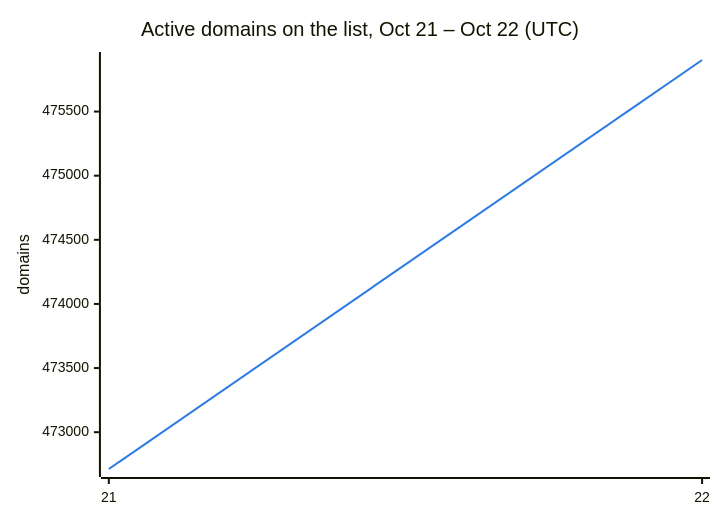
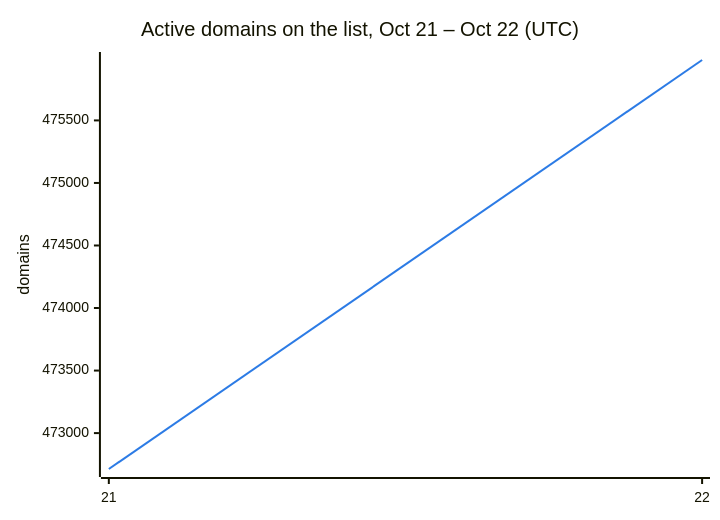
One commit to DNSBunker/CTI changed the second of 3 diagrams in README.md. Above: the diagram before and after it, drawn with Mermaid. The commit also changed other lines of this file and 3 other files, not shown here.

````diff
--- a/README.md
+++ b/README.md
@@ -38,8 +38,8 @@
 ```mermaid
 %%{init: {"themeVariables": {"xyChart": {"plotColorPalette": "#2c7be5"}}}}%%
 xychart-beta
     title "Active domains on the list, Oct 21 – Oct 22 (UTC)"
     x-axis ["21", "22"]
     y-axis "domains"
-    line [472713, 475902]
+    line [472713, 475983]
 ```
````
